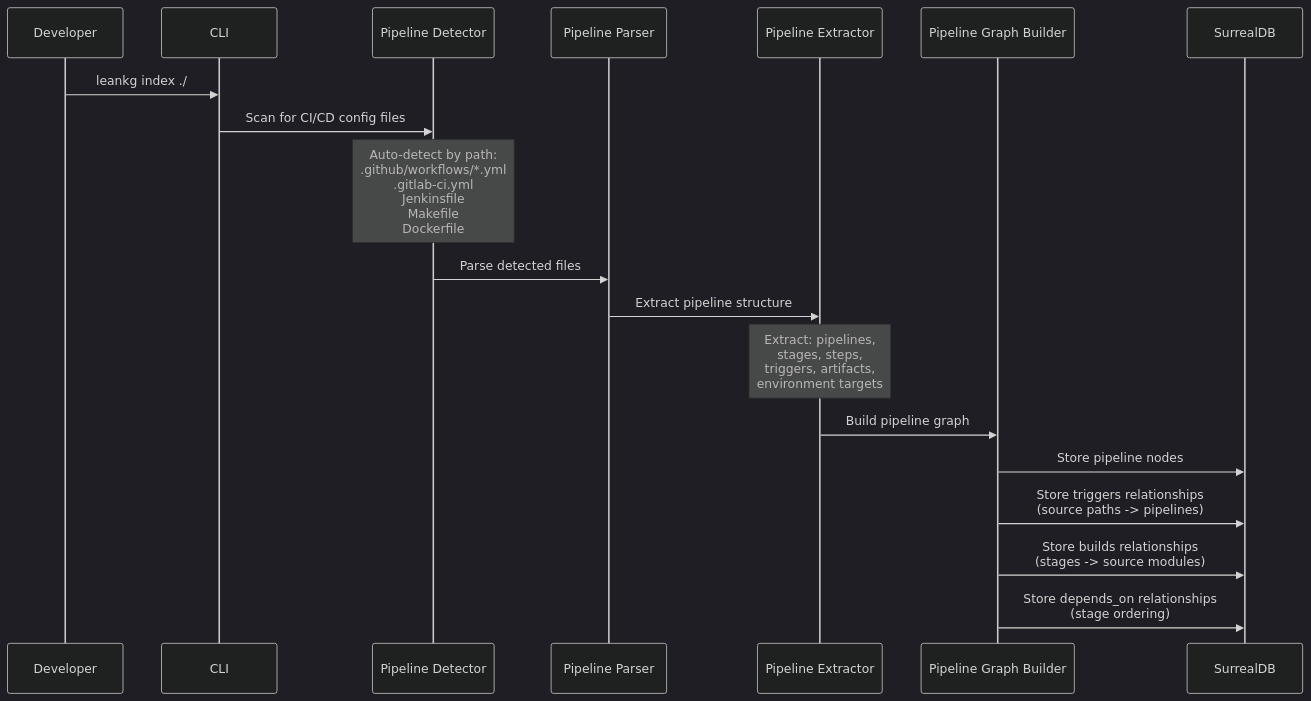
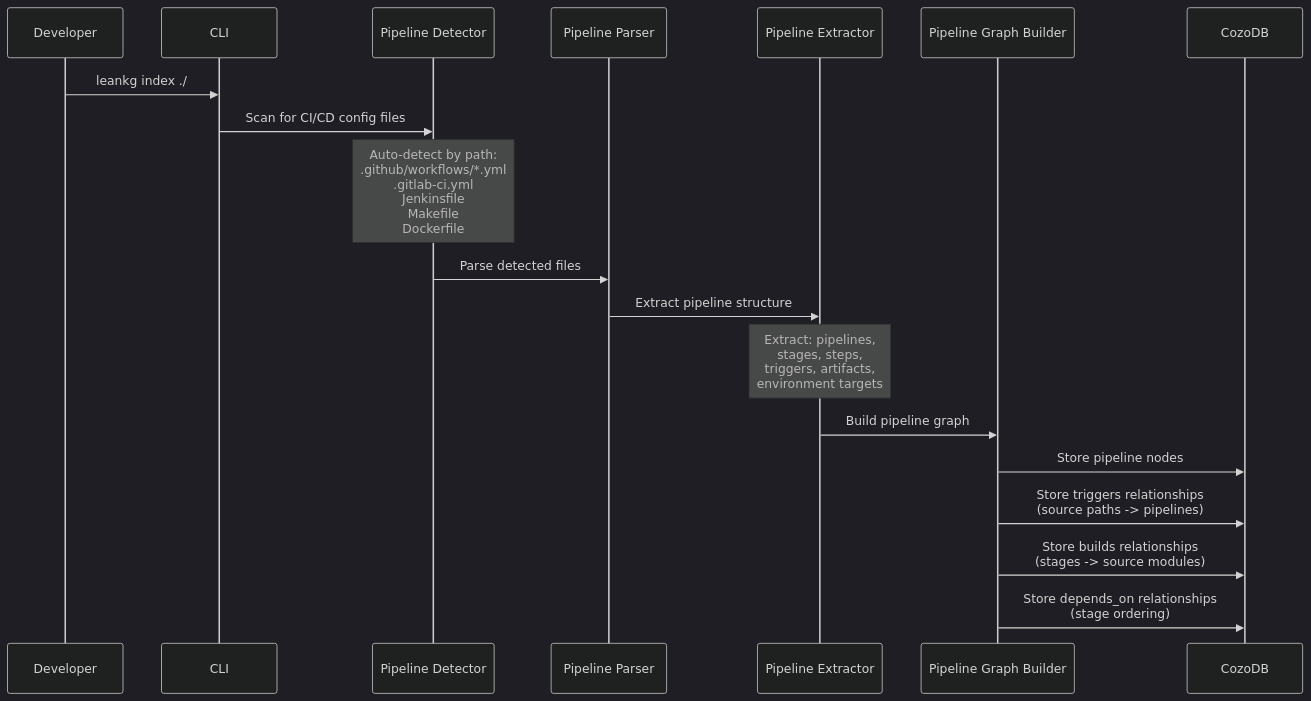
One commit to FreePeak/LeanKG changed the ninth of 11 diagrams in docs/design/hld-leankg.md. Above: the diagram before and after it, drawn with Mermaid (dark theme). The commit also changed other lines of this file and 7 other files, not shown here.

First line of the commit message:
docs: add pipeline extraction to PRD/HLD, migrate SurrealDB references to CozoDB

````diff
--- a/docs/design/hld-leankg.md
+++ b/docs/design/hld-leankg.md
@@ -512,22 +513,22 @@
 ```mermaid
 sequenceDiagram
     participant Dev as Developer
     participant CLI as CLI
     participant Detect as Pipeline Detector
     participant Parse as Pipeline Parser
     participant Extract as Pipeline Extractor
     participant Build as Pipeline Graph Builder
-    participant DB as SurrealDB
+    participant DB as CozoDB
 
     Dev->>CLI: leankg index ./
     CLI->>Detect: Scan for CI/CD config files
     Note over Detect: Auto-detect by path:<br/>.github/workflows/*.yml<br/>.gitlab-ci.yml<br/>Jenkinsfile<br/>Makefile<br/>Dockerfile
     Detect->>Parse: Parse detected files
     Parse->>Extract: Extract pipeline structure
     Note over Extract: Extract: pipelines,<br/>stages, steps,<br/>triggers, artifacts,<br/>environment targets
     Extract->>Build: Build pipeline graph
     Build->>DB: Store pipeline nodes
     Build->>DB: Store triggers relationships<br/>(source paths -> pipelines)
     Build->>DB: Store builds relationships<br/>(stages -> source modules)
     Build->>DB: Store depends_on relationships<br/>(stage ordering)
 ```
````
